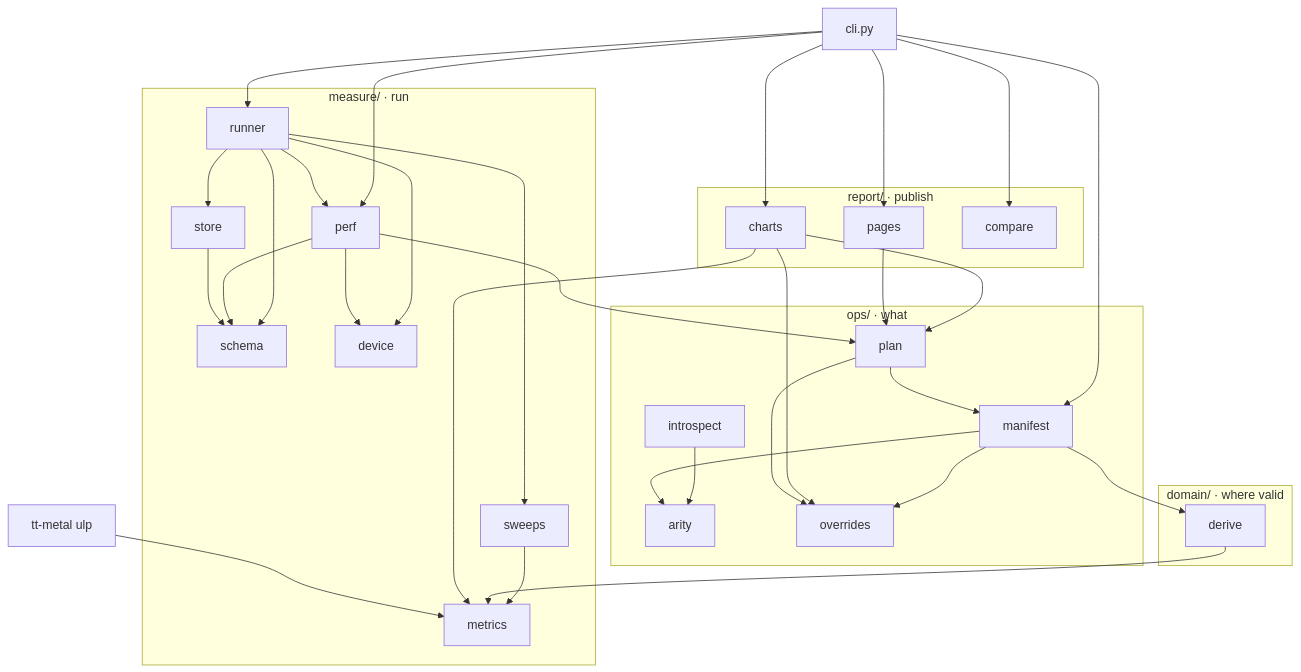
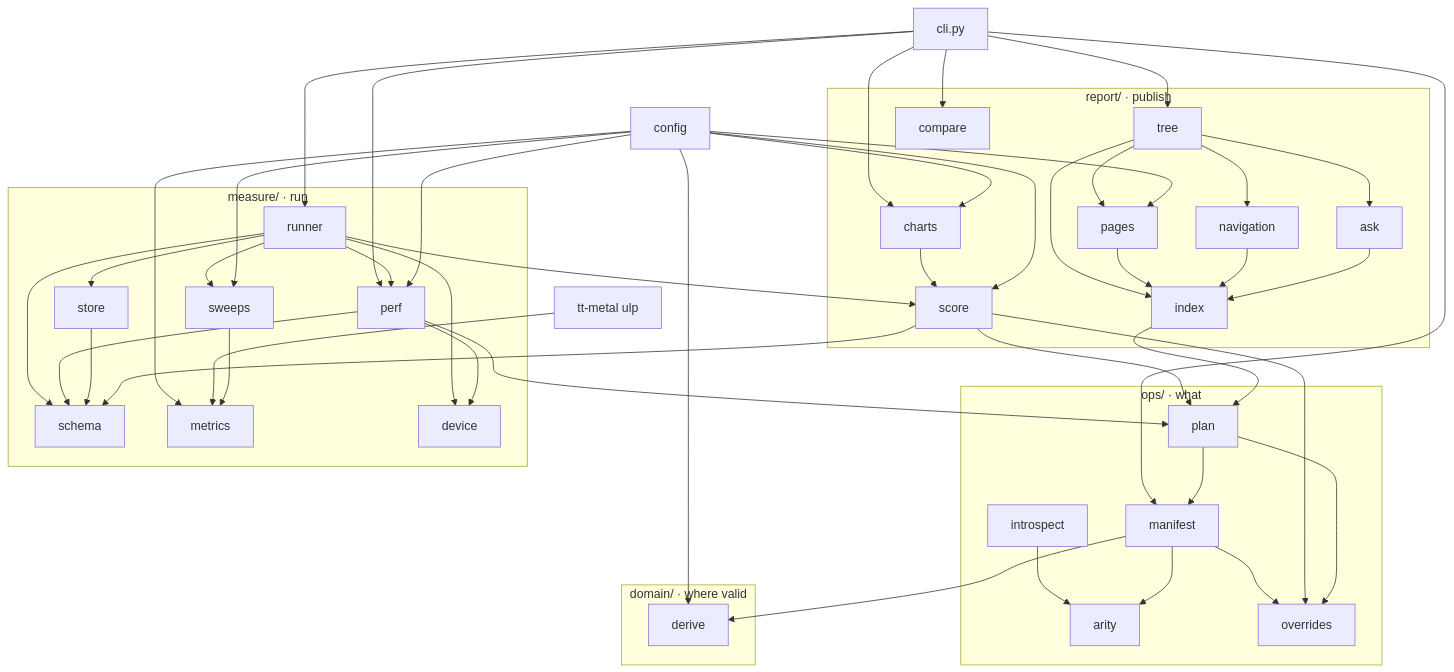
Before and after one commit to tenstorrent/tt-eltwise-accuracy-report: the third of 4 diagrams in docs/architecture.md, drawn with Mermaid. The commit also changed other lines of this file and 21 other files, not shown here.

````diff
--- a/docs/architecture.md
+++ b/docs/architecture.md
@@ -92,43 +92,52 @@
 ```mermaid
 flowchart TB
     CLI["cli.py"]
 
     subgraph ops["ops/ · what"]
         INT["introspect"] --> ARI["arity"]
         MAN["manifest"]
         PLN["plan"]
         OVR["overrides"]
     end
 
     subgraph dom["domain/ · where valid"]
         DER["derive"]
     end
 
     subgraph meas["measure/ · run"]
         SCH["schema"]
         MET["metrics"]
         SWP["sweeps"]
         DEV["device"]
         STO["store"]
         RUN["runner"]
         PRF["perf"]
     end
 
     subgraph rep["report/ · publish"]
+        SCO["score"]
         CHT["charts"]
+        TRE["tree"]
         PAG["pages"]
+        NAV["navigation"]
+        ASK["ask"]
+        IDX["index"]
         CMP["compare"]
     end
 
-    CLI --> MAN & RUN & PRF & CHT & PAG & CMP
+    CFG["config"]
+    CLI --> MAN & RUN & PRF & CHT & TRE & CMP
     MAN --> ARI & DER & OVR
-    RUN --> DEV & SWP & STO & SCH & PRF
+    RUN --> DEV & SWP & STO & SCH & PRF & SCO
     PRF --> DEV & SCH & PLN
+    STO --> SCH
+    CHT --> SCO
+    SCO --> SCH & PLN & OVR
+    TRE --> PAG & NAV & ASK & IDX
+    PAG & NAV & ASK --> IDX
+    IDX --> PLN
+    PLN --> MAN & OVR
+    CFG --> MET & SWP & PRF & DER & SCO & CHT & PAG
+    TTM["tt-metal ulp"] --> MET
     SWP --> MET
-    STO --> SCH
-    DER --> MET
-    CHT --> MET & PLN & OVR
-    PAG --> PLN
-    PLN --> MAN & OVR
-    TTM["tt-metal ulp"] --> MET
 ```
````
